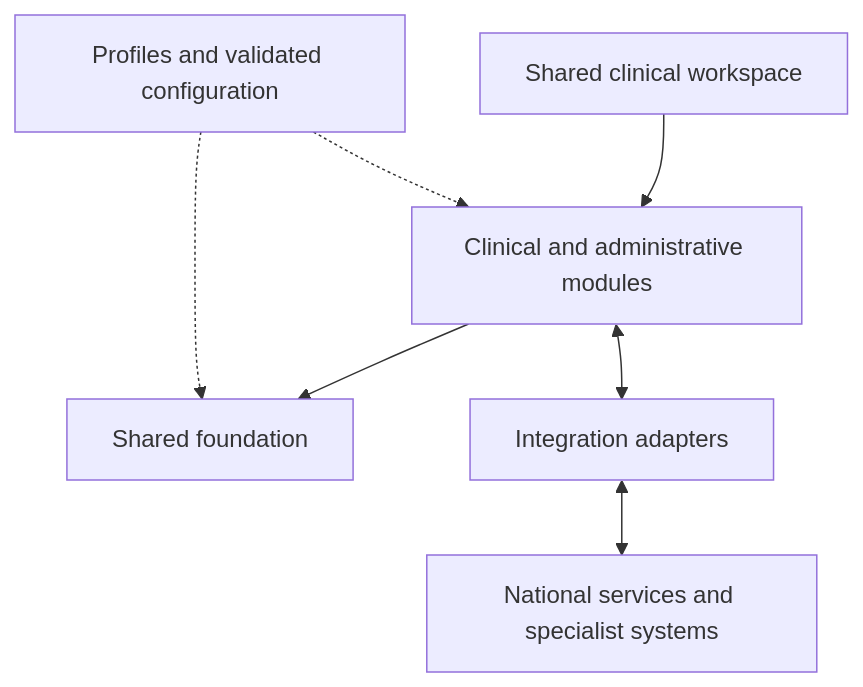
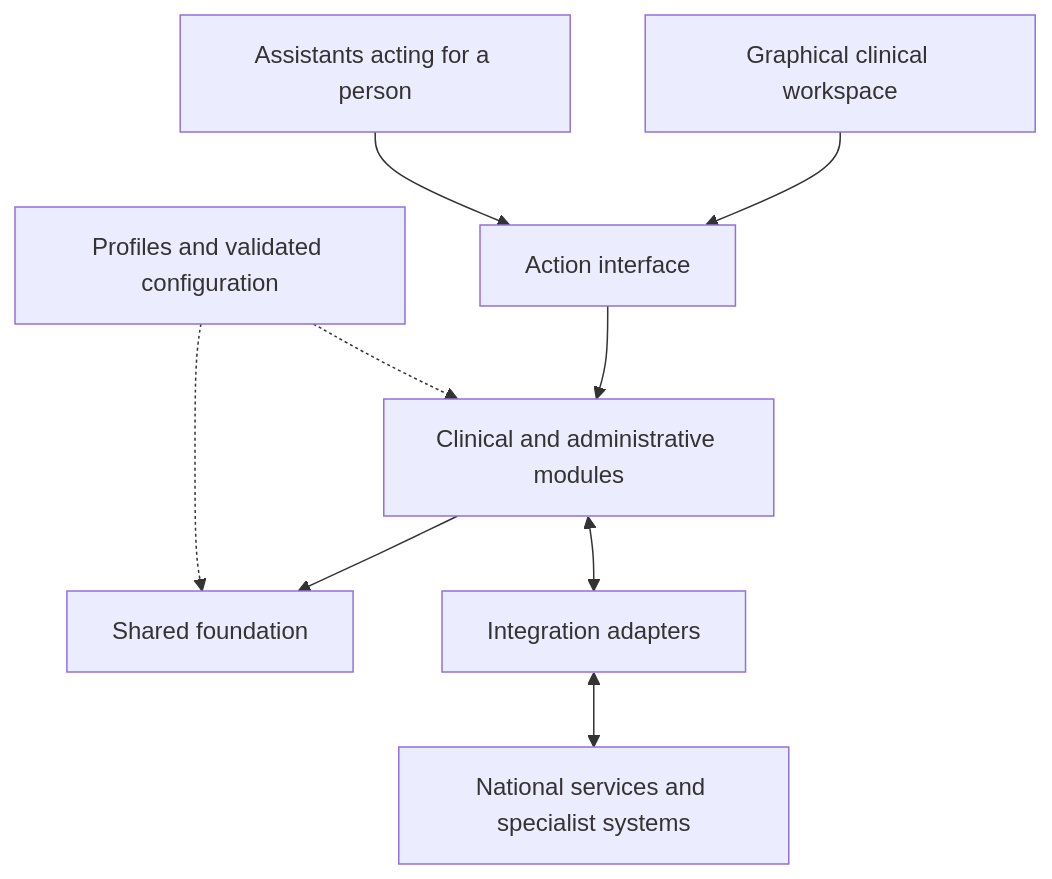
Before and after one commit to weiqigod/journal-system: the diagram in docs/foundational-design.md, drawn with Mermaid. The commit also changed other lines of this file and 7 other files, not shown here.

First line of the commit message:
Adopt interaction surfaces: graphical client and assistants

````diff
--- a/docs/foundational-design.md
+++ b/docs/foundational-design.md
@@ -26,9 +26,11 @@
 ```mermaid
 flowchart TB
-    UI[Shared clinical workspace] --> M[Clinical and administrative modules]
+    UI[Graphical clinical workspace] --> X[Action interface]
+    AI[Assistants acting for a person] --> X
+    X --> M[Clinical and administrative modules]
     M --> F[Shared foundation]
     P[Profiles and validated configuration] -.-> M
     P -.-> F
     M <--> A[Integration adapters]
     A <--> E[National services and specialist systems]
 ```
````
